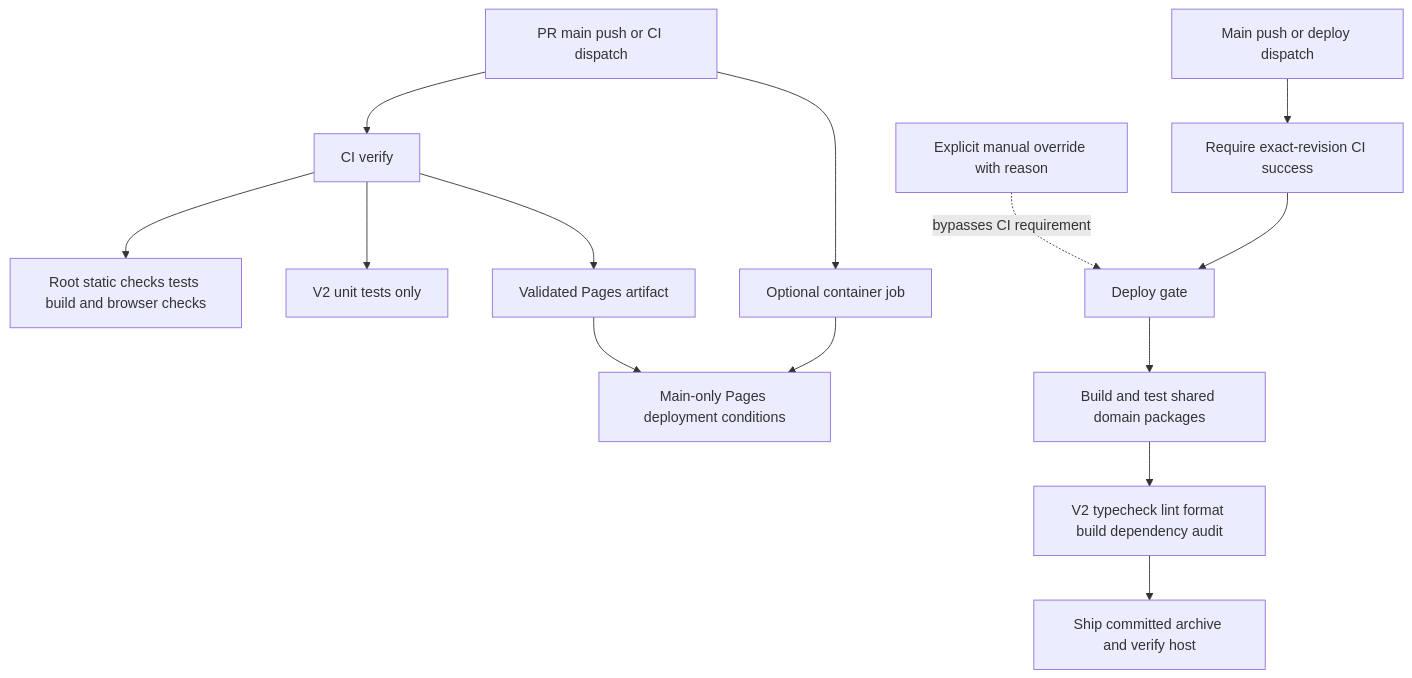
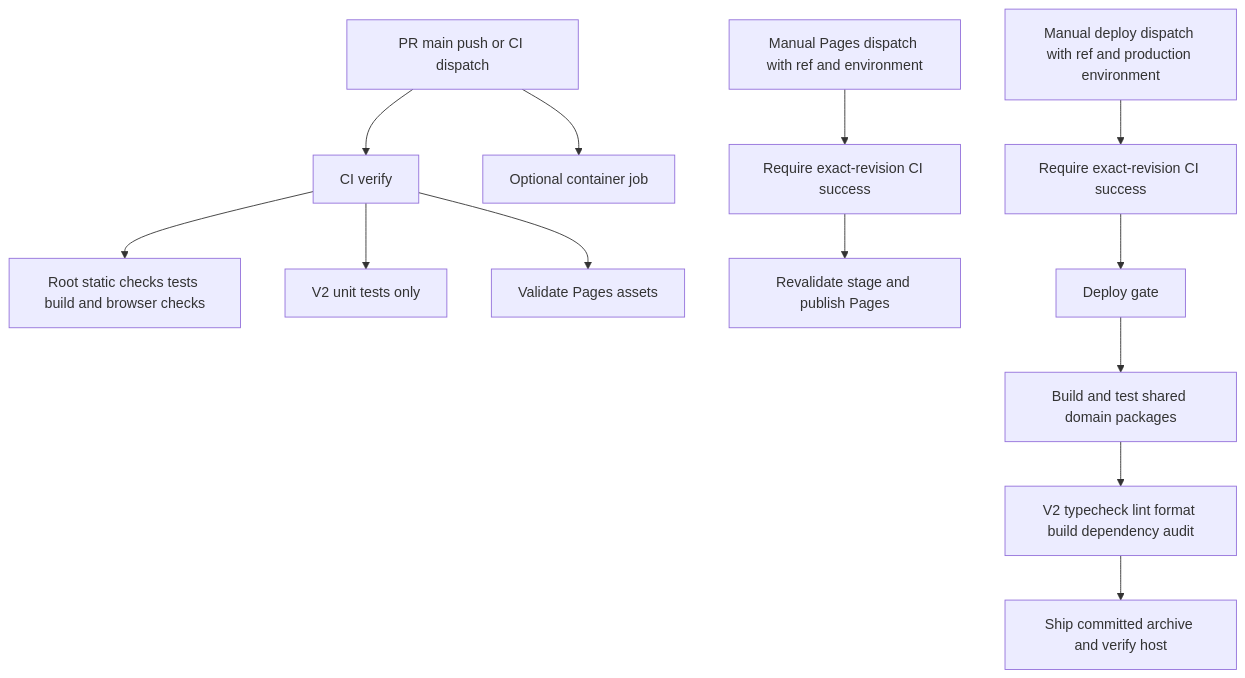
The seventh of 8 diagrams in docs/architecture/README.md (varunjakkampudi-tech/careerscope), drawn with Mermaid before and after one commit. The commit also changed other lines of this file and 17 other files, not shown here.

````diff
--- a/docs/architecture/README.md
+++ b/docs/architecture/README.md
@@ -209,16 +209,15 @@
 ```mermaid
 flowchart TD
     Change[PR main push or CI dispatch] --> CI[CI verify]
     CI --> Root[Root static checks tests build and browser checks]
     CI --> V2[V2 unit tests only]
-    CI --> Pages[Validated Pages artifact]
+    CI --> PagesCheck[Validate Pages assets]
     Change --> Image[Optional container job]
-    Pages --> PagesGate[Main-only Pages deployment conditions]
-    Image --> PagesGate
-    Trigger[Main push or deploy dispatch] --> Exact[Require exact-revision CI success]
-    Override[Explicit manual override with reason] -. bypasses CI requirement .-> Gate
+    PagesDispatch[Manual Pages dispatch with ref and environment] --> PagesExact[Require exact-revision CI success]
+    PagesExact --> PagesBuild[Revalidate stage and publish Pages]
+    Trigger[Manual deploy dispatch with ref and production environment] --> Exact[Require exact-revision CI success]
     Exact --> Gate[Deploy gate]
     Gate --> Domain[Build and test shared domain packages]
     Domain --> Checks[V2 typecheck lint format build dependency audit]
     Checks --> Ship[Ship committed archive and verify host]
 ```
````
